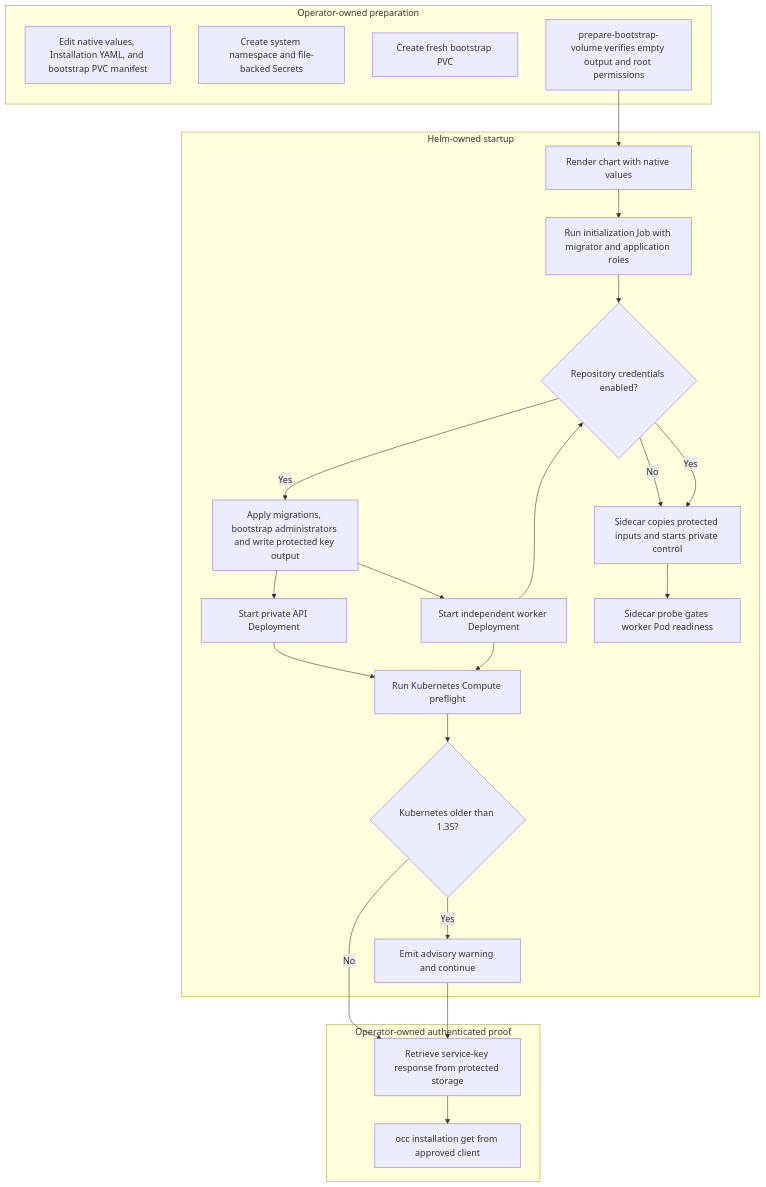
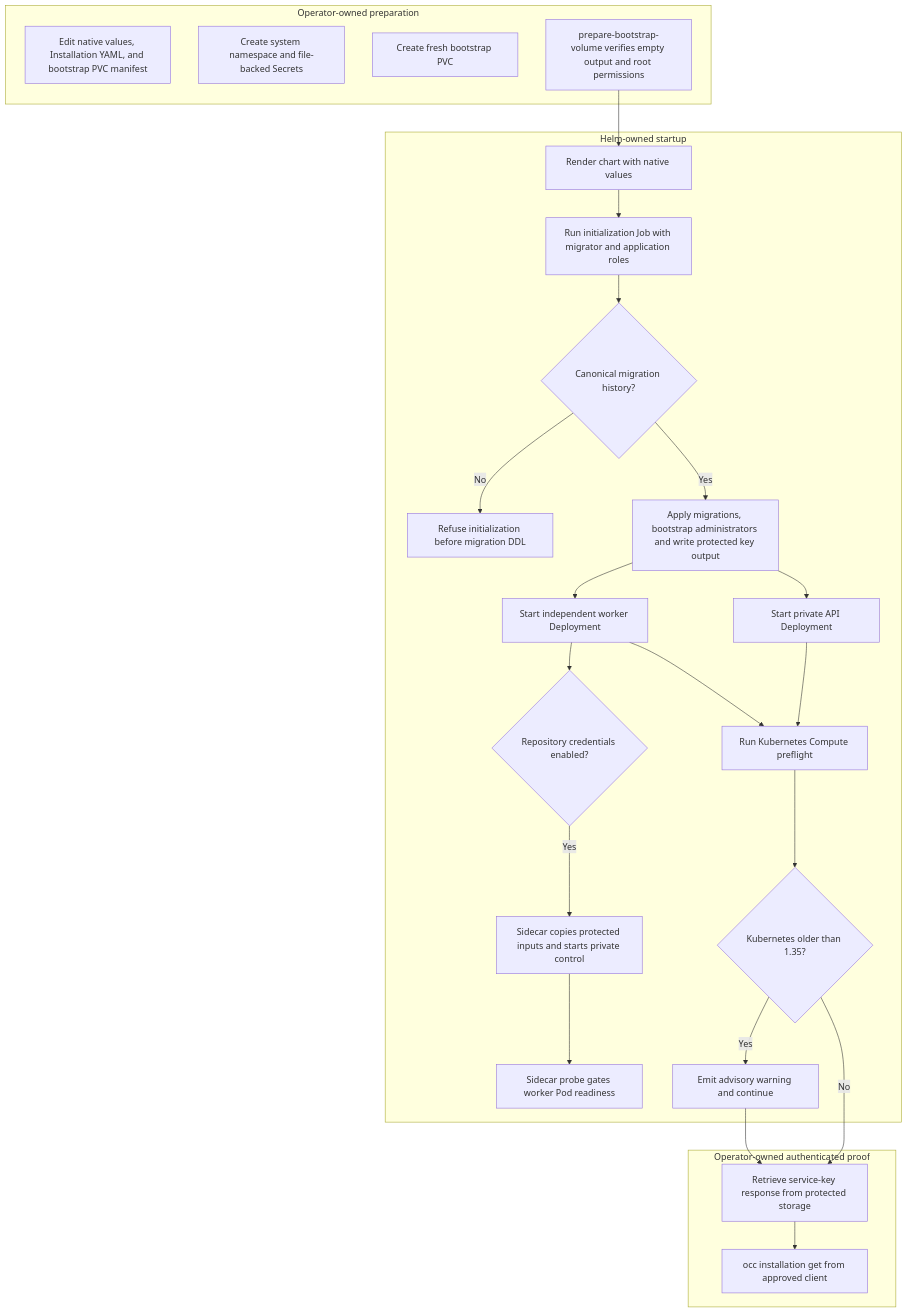
Before and after one commit to IAMSamuelRodda/openclaw-enterprise: the diagram in docs/flows/production-startup.md, drawn with Mermaid. The commit also changed other lines of this file and 21 other files, not shown here.

````diff
--- a/docs/flows/production-startup.md
+++ b/docs/flows/production-startup.md
@@ -32,30 +32,30 @@
 ```mermaid
 graph TD
     subgraph Operator["Operator-owned preparation"]
         A["Edit native values, Installation YAML, and bootstrap PVC manifest"]
         B["Create system namespace and file-backed Secrets"]
         C["Create fresh bootstrap PVC"]
         D["prepare-bootstrap-volume verifies empty output and root permissions"]
     end
     subgraph Helm["Helm-owned startup"]
         D --> E["Render chart with native values"]
         E --> F["Run initialization Job with migrator and application roles"]
         F --> O{"Canonical migration history?"}
         O -->|No| P["Refuse initialization before migration DDL"]
         O -->|Yes| G["Apply migrations, bootstrap administrators and write protected key output"]
         G --> H["Start private API Deployment"]
         G --> I["Start independent worker Deployment"]
-        I --> O{"Repository credentials enabled?"}
-        O -->|Yes| P["Sidecar copies protected inputs and starts private control"]
-        P --> Q["Sidecar probe gates worker Pod readiness"]
+        I --> R{"Repository credentials enabled?"}
+        R -->|Yes| S["Sidecar copies protected inputs and starts private control"]
+        S --> Q["Sidecar probe gates worker Pod readiness"]
         H --> L["Run Kubernetes Compute preflight"]
         I --> L
         L --> M{"Kubernetes older than 1.35?"}
         M -->|Yes| N["Emit advisory warning and continue"]
     end
     subgraph Proof["Operator-owned authenticated proof"]
         M -->|No| J["Retrieve service-key response from protected storage"]
         N --> J
         J --> K["occ installation get from approved client"]
     end
 ```
````
